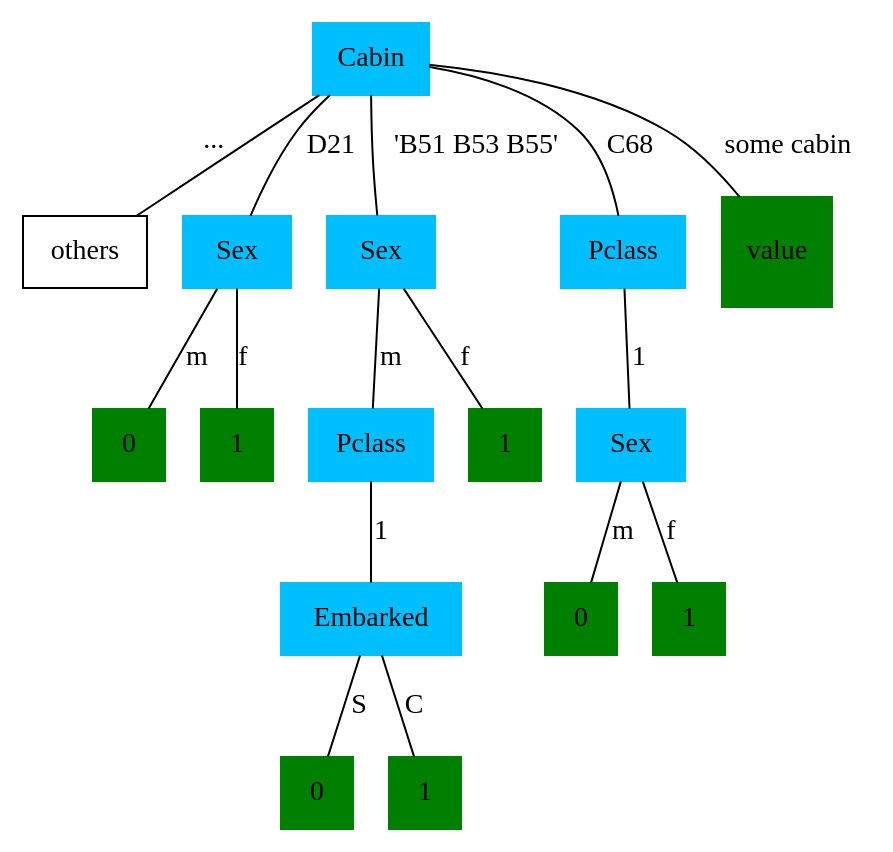
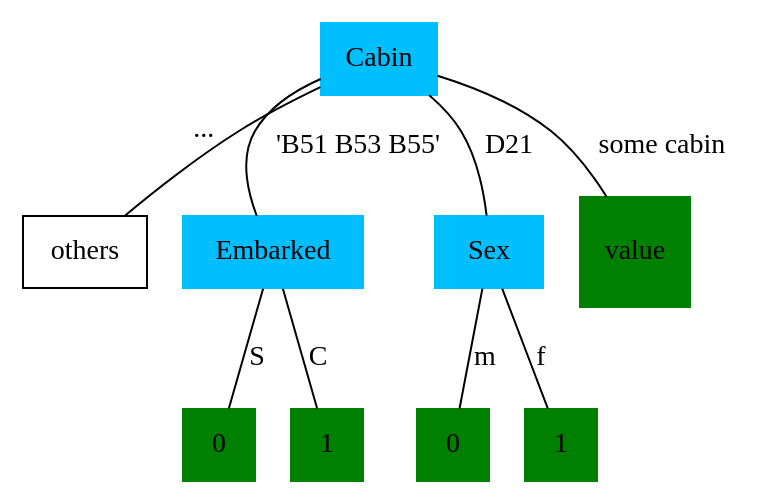
One commit to upforde/NTNU changed the diagram in AIMet/Assignment 4/graph3.dot. Above: the diagram before and after it, drawn with Graphviz. The commit also changed 4 other files, not shown here.

```diff
--- a/AIMet/Assignment 4/graph3.dot
+++ b/AIMet/Assignment 4/graph3.dot
@@ -1,34 +1,25 @@
 graph myGraph{
     others[shape = rect]
     node [shape = rect, style = filled, color = deepskyblue]
     Cabin;
-    node [label = Embarked];
-    psee;
+    node[label = Embarked];
+    emb;
     node [label = Sex];
-    Sex;spc;se;
-    node [label = Pclass];
-    Pclass;pse;
+    Sex;
     node [shape = square, style = filled, color = green]
     value[label = value];
     node [label = 0];
-    0;s0;s;
+    0;s;
     node [label = 1];
-    1;s1;c;f;
+    1;c;
     
     Cabin -- value[label = "some cabin"];
     Cabin -- Sex[label = "D21 "];
     Sex -- 1[label = f];
     Sex -- 0[label = m];
-    Cabin -- Pclass[label = C68];
-    Pclass -- spc[label = "1"];
-    spc -- s0[label = m];
-    spc -- s1[label = f];
-    Cabin -- se[label = "'B51 B53 B55'"];
-    se -- pse[label = m];
-    pse -- psee[label = 1];
-    psee -- s[label = S];
-    psee -- c[label = C];
-    se -- f[label = f];
     Cabin -- others[xlabel = "..."]
+    Cabin -- emb[label = "'B51 B53 B55'"];
+    emb -- c[label = C];
+    emb -- s[label = S];
 
 }
```
